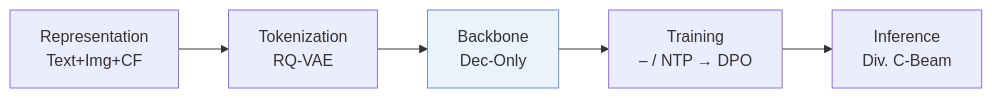
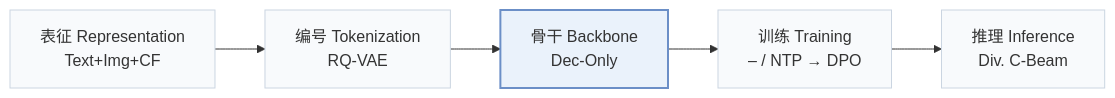
One commit to Galaxy-ghost/Awesome-SID-Generative-Rec changed the first of 2 diagrams in pages/zh/papers/pinger.md. Above: the diagram before and after it, drawn with Mermaid. The commit also changed other lines of this file and 649 other files, not shown here.

Commit message:
writer-05: also tags and modality index (schema, check, build, visuals); summary field removed; calibration data for 12 papers

````diff
--- a/pages/zh/papers/pinger.md
+++ b/pages/zh/papers/pinger.md
@@ -13,6 +15,8 @@
 ```mermaid
 flowchart LR
-    R["Representation<br/>Text+Img+CF"] --> T["Tokenization<br/>RQ-VAE"] --> B["Backbone<br/>Dec-Only"] --> TR["Training<br/>– / NTP → DPO"] --> I["Inference<br/>Div. C-Beam"]
-    classDef main fill:#eaf2fb,stroke:#6b8fc7
+    R["表征 Representation<br/>Text+Img+CF"] --> T["编号 Tokenization<br/>RQ-VAE"] --> B["骨干 Backbone<br/>Dec-Only"] --> TR["训练 Training<br/>– / NTP → DPO"] --> I["推理 Inference<br/>Div. C-Beam"]
+    classDef base fill:#f8fafc,stroke:#cbd5e1
+    class R,T,B,TR,I base
+    classDef main fill:#eaf2fb,stroke:#6b8fc7,stroke-width:2px
     class B main
 ```
````
